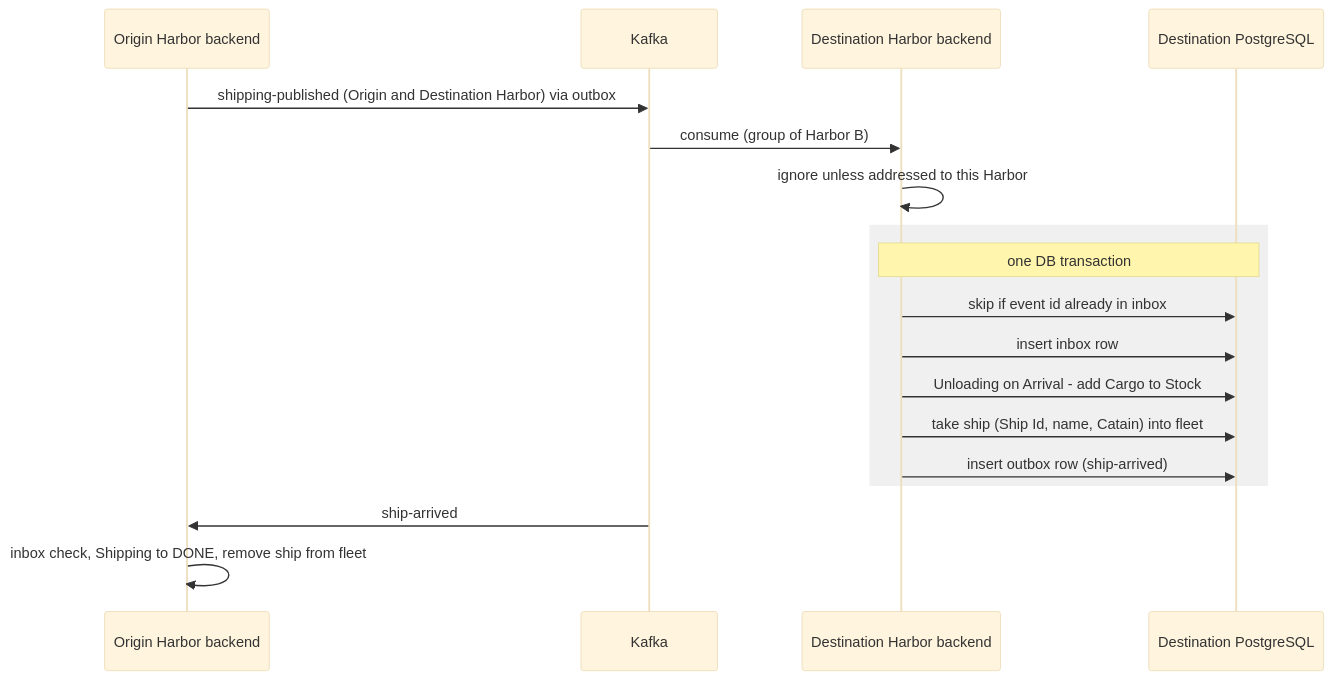
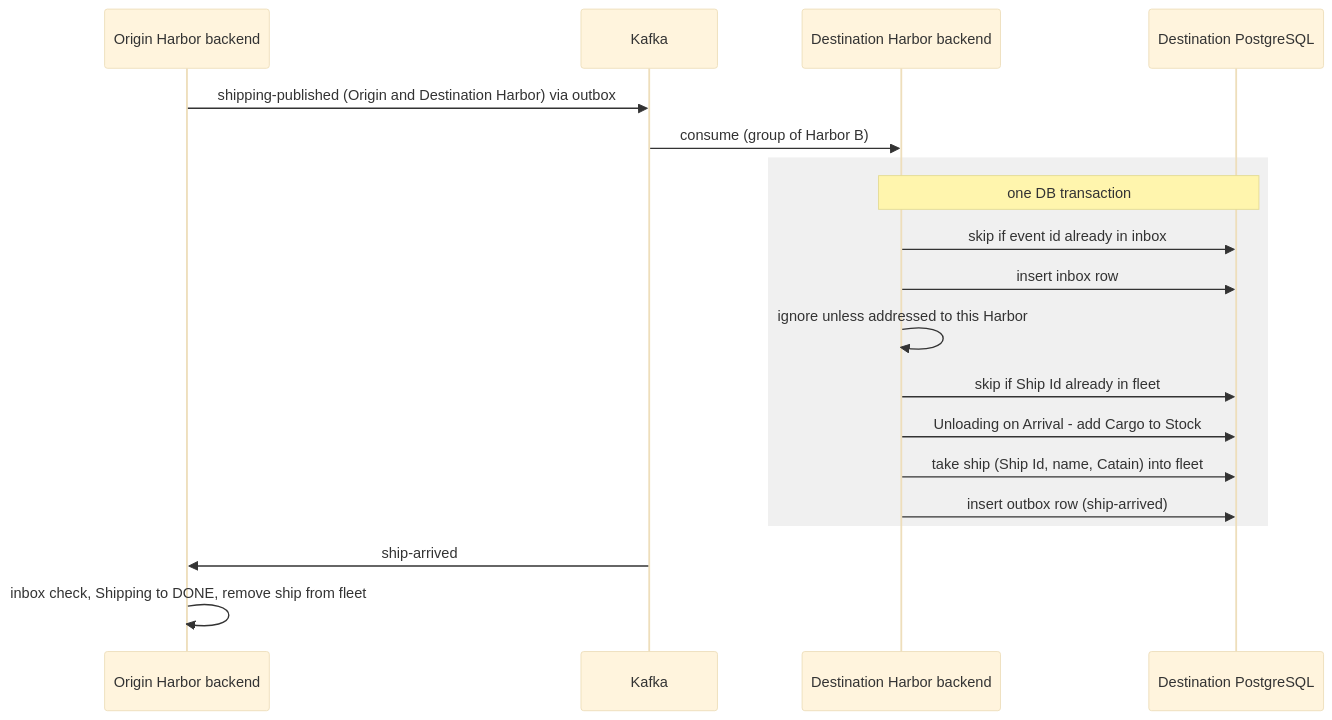
Before and after one commit to maurizio100/ddd-ship: the fourth of 5 diagrams in docs/arc42/06-runtime.md, drawn with Mermaid (base theme). The commit also changed other lines of this file and 3 other files, not shown here.

````diff
--- a/docs/arc42/06-runtime.md
+++ b/docs/arc42/06-runtime.md
@@ -76,20 +79,21 @@
 ```mermaid
 sequenceDiagram
     participant A as Origin Harbor backend
     participant K as Kafka
     participant B as Destination Harbor backend
     participant DBB as Destination PostgreSQL
     A->>K: shipping-published (Origin and Destination Harbor) via outbox
     K->>B: consume (group of Harbor B)
-    B->>B: ignore unless addressed to this Harbor
     rect rgb(240,240,240)
     Note over B,DBB: one DB transaction
     B->>DBB: skip if event id already in inbox
     B->>DBB: insert inbox row
+    B->>B: ignore unless addressed to this Harbor
+    B->>DBB: skip if Ship Id already in fleet
     B->>DBB: Unloading on Arrival - add Cargo to Stock
     B->>DBB: take ship (Ship Id, name, Catain) into fleet
     B->>DBB: insert outbox row (ship-arrived)
     end
     K->>A: ship-arrived
     A->>A: inbox check, Shipping to DONE, remove ship from fleet
 ```
````
